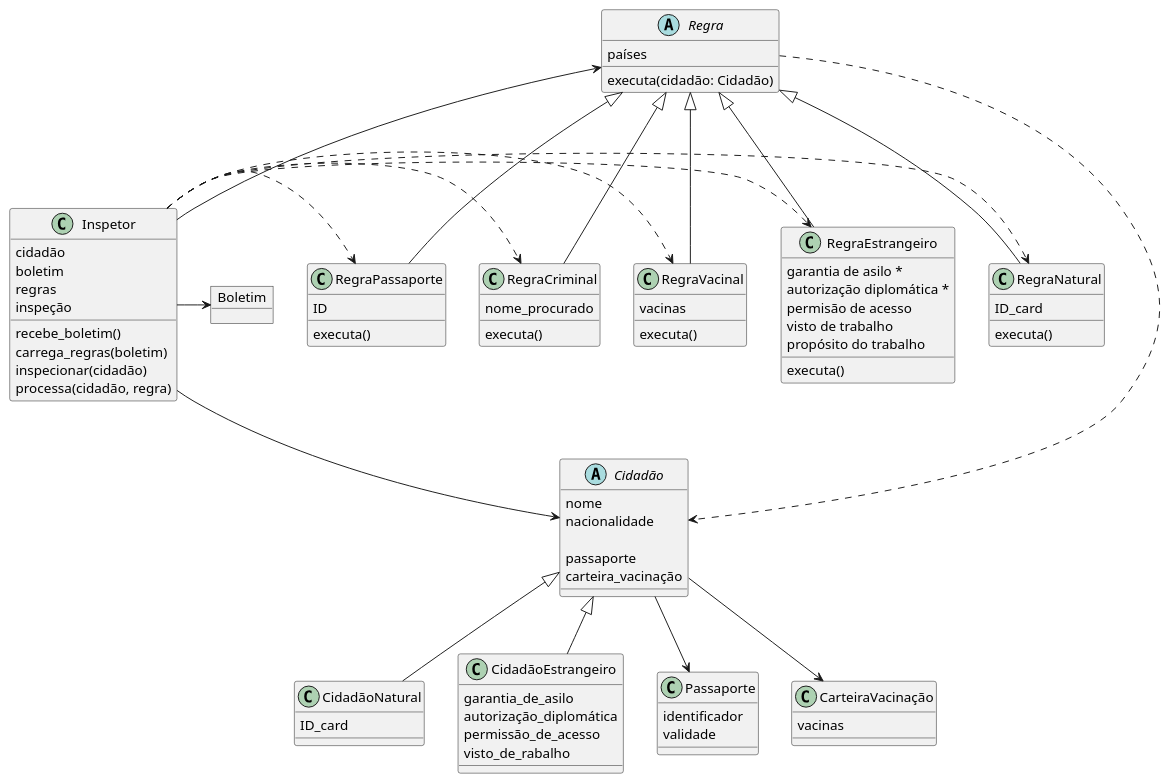
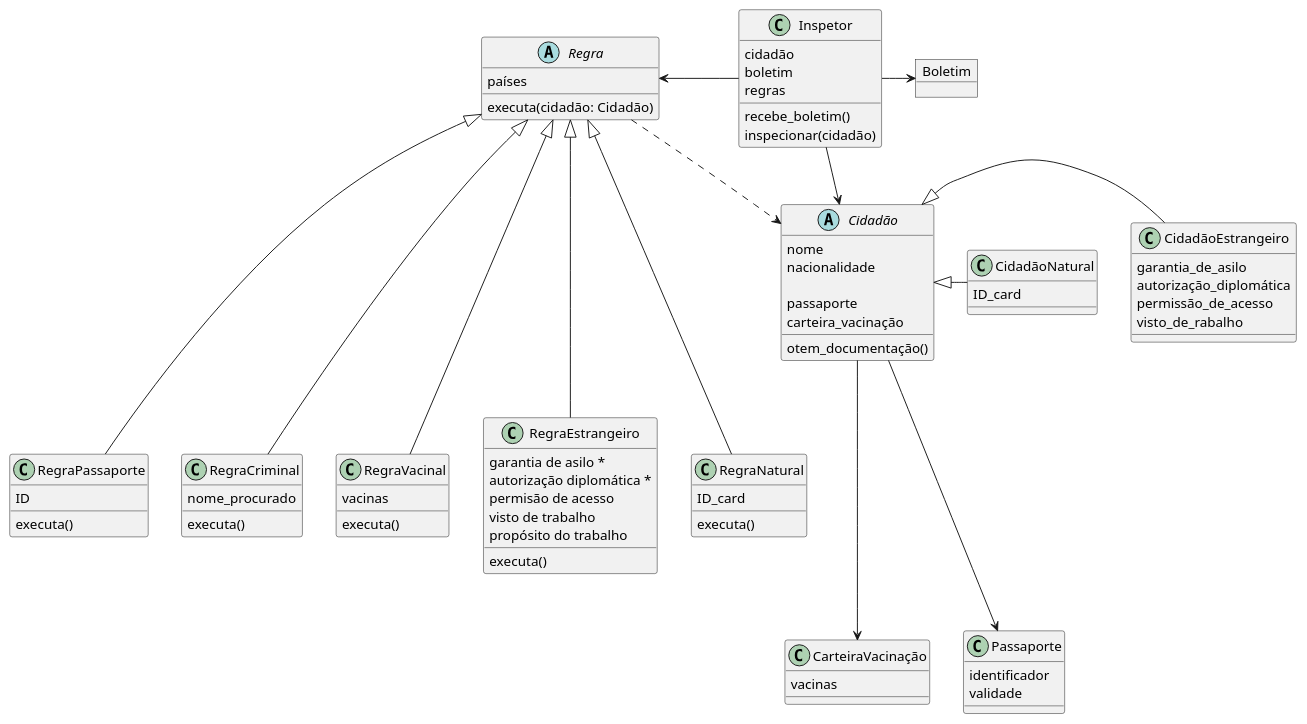
The diagram in scketch.pu (ralphribeiro/papers_please), drawn with PlantUML before and after one commit.

```diff
--- a/scketch.pu
+++ b/scketch.pu
@@ -1,102 +1,95 @@
 @startuml
 
 abstract Cidadão{
     nome
     nacionalidade
 
     passaporte
     carteira_vacinação
+
+    otem_documentação()
 }
 
 class CidadãoNatural{
     ID_card
 }
 
 class CidadãoEstrangeiro{
     garantia_de_asilo
     autorização_diplomática
     permissão_de_acesso
     visto_de_rabalho
 }
 
 class Passaporte{
     identificador
     validade
 }
 
 object Boletim
 
 class Inspetor{
     cidadão
     boletim
     regras
-    inspeção
     recebe_boletim()
-    carrega_regras(boletim)
     inspecionar(cidadão)
-    processa(cidadão, regra)
-
 }
 
-abstract Regra{    
+abstract Regra{
+
     países
     executa(cidadão: Cidadão)
 }
 
 
 class RegraPassaporte{
     ID
     executa()
 }
 class RegraCriminal{
     nome_procurado
     executa()
 }
 class RegraVacinal{
     vacinas
     executa()
 }
 class RegraEstrangeiro{
     garantia de asilo *
     autorização diplomática *
     permisão de acesso
     visto de trabalho
     propósito do trabalho
     executa()
 }
 class RegraNatural{
     ID_card
     executa()
 }
 
 class CarteiraVacinação{
     vacinas
 }
 
-Cidadão <|-- CidadãoEstrangeiro
-Cidadão <|-- CidadãoNatural
+Cidadão <|- CidadãoEstrangeiro
+Cidadão <|- CidadãoNatural
 
 Regra ..> Cidadão
 
 Regra <|--- RegraPassaporte
 Regra <|--- RegraCriminal
 Regra <|--- RegraVacinal
 Regra <|--- RegraEstrangeiro
 Regra <|--- RegraNatural
 
 Regra <- Inspetor
 
 Inspetor -> Boletim
 Inspetor --> Cidadão
 
-Inspetor .> RegraPassaporte
-Inspetor .> RegraCriminal
-Inspetor .> RegraVacinal
-Inspetor .> RegraEstrangeiro
-Inspetor .> RegraNatural
-
-Cidadão --> Passaporte
-Cidadão --> CarteiraVacinação
+Cidadão ---> Passaporte
+Cidadão ---> CarteiraVacinação
 
 
 @enduml
```
